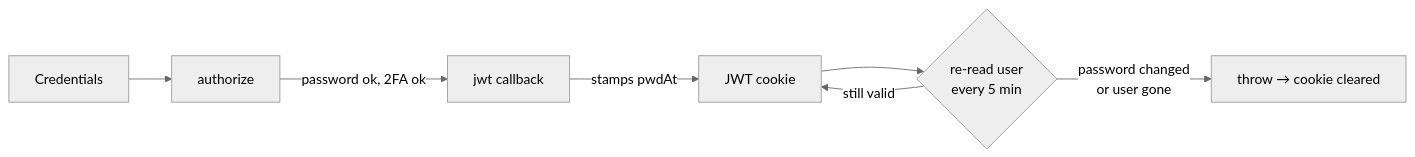
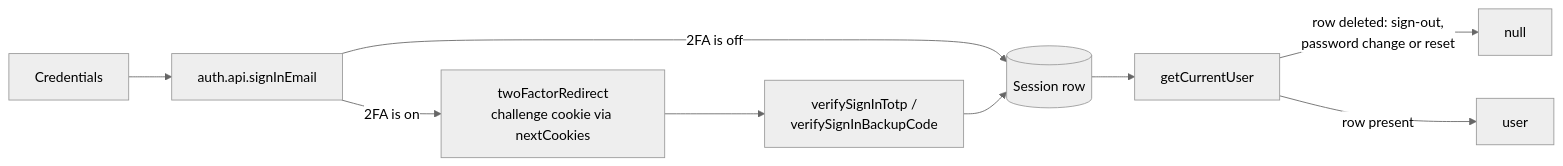
One commit to algusaem/buycarmap changed the third of 6 diagrams in docs/ARCHITECTURE.md. Above: the diagram before and after it, drawn with Mermaid (neutral theme). The commit also changed other lines of this file and 152 other files, not shown here.

````diff
--- a/docs/ARCHITECTURE.md
+++ b/docs/ARCHITECTURE.md
@@ -171,9 +173,11 @@
 ```mermaid
 flowchart LR
-    L[Credentials] --> AZ[authorize]
-    AZ -->|password ok, 2FA ok| J[jwt callback]
-    J -->|stamps pwdAt| T[JWT cookie]
-    T --> R{re-read user<br/>every 5 min}
-    R -->|password changed<br/>or user gone| E[throw → cookie cleared]
-    R -->|still valid| T
+    L[Credentials] --> SI[auth.api.signInEmail]
+    SI -->|2FA is on| TFR[twoFactorRedirect<br/>challenge cookie via nextCookies]
+    TFR --> V[verifySignInTotp /<br/>verifySignInBackupCode]
+    SI -->|2FA is off| S[(Session row)]
+    V --> S
+    S --> GC[getCurrentUser]
+    GC -->|row deleted: sign-out,<br/>password change or reset| N[null]
+    GC -->|row present| OK[user]
 ```
````
